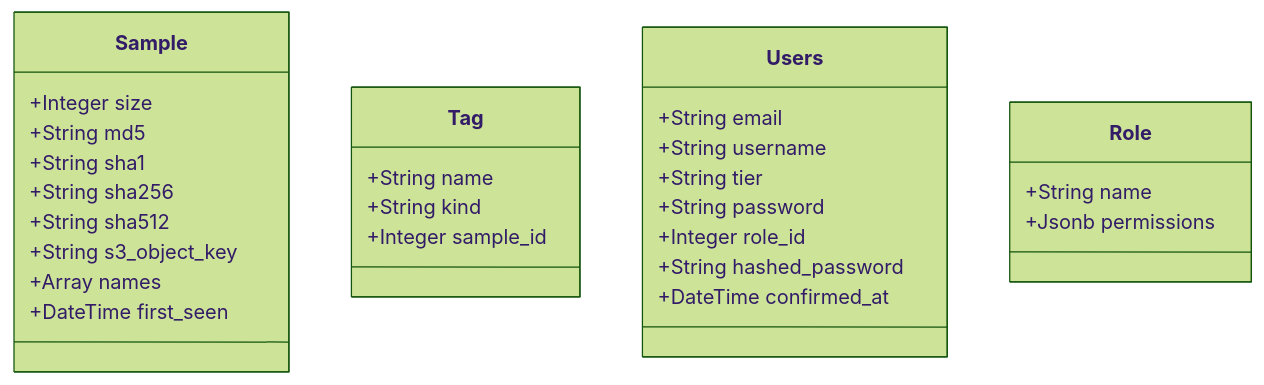
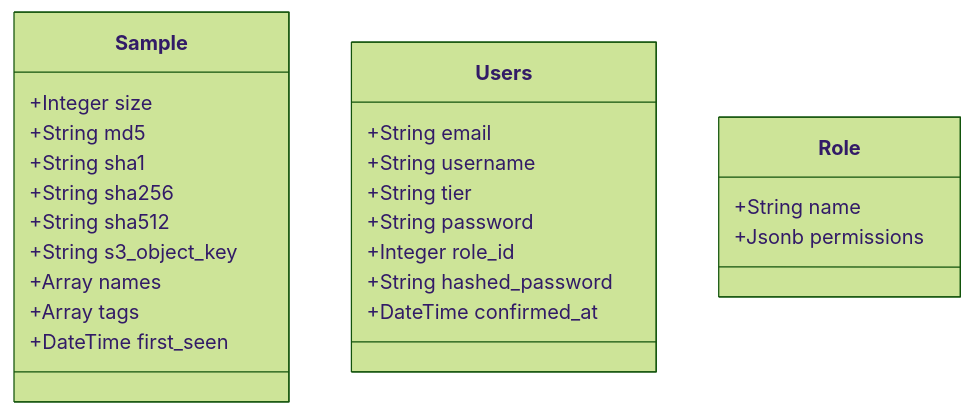
Before and after one commit to blackmassgroup/exchange: the diagram in README.md, drawn with Mermaid (forest theme). The commit also changed other lines of this file, not shown here.

````diff
--- a/README.md
+++ b/README.md
@@ -90,31 +90,28 @@
 ```mermaid
 classDiagram
     class Sample{
       +Integer size
       +String md5
       +String sha1
       +String sha256
       +String sha512
       +String s3_object_key
       +Array names
+      +Array tags
       +DateTime first_seen
     }
-    class Tag {
-      +String name
-      +String kind
-      +Integer sample_id
-    }
+
     class Users {
      +String email
      +String username
      +String tier
      +String password
      +Integer role_id
      +String hashed_password
      +DateTime confirmed_at
     }
     class Role {
         +String name
         +Jsonb permissions
     }
 ```
````
